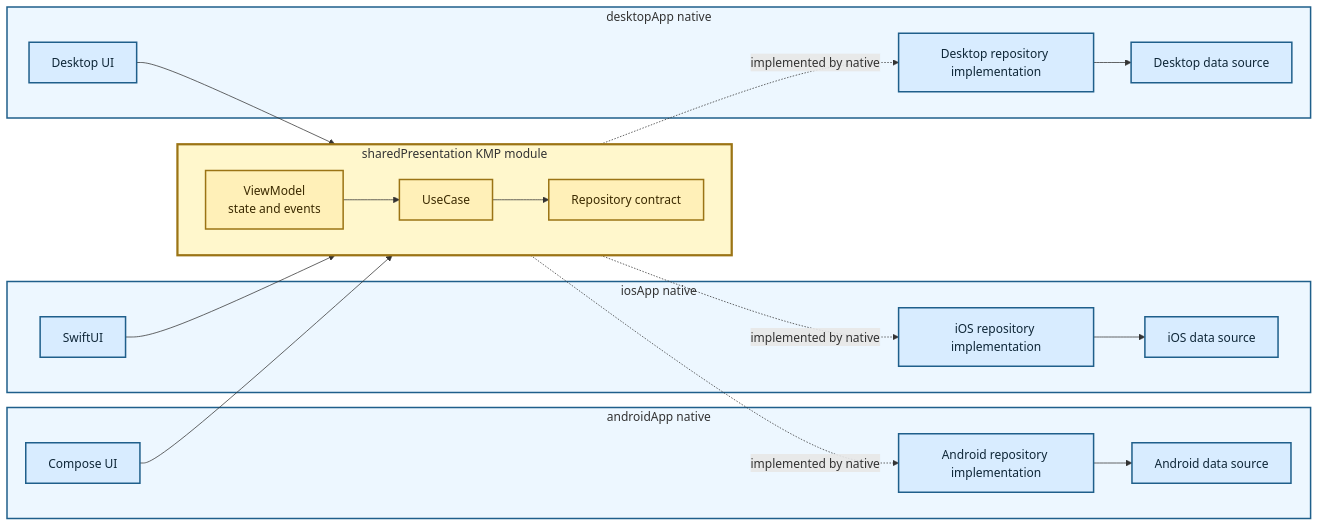
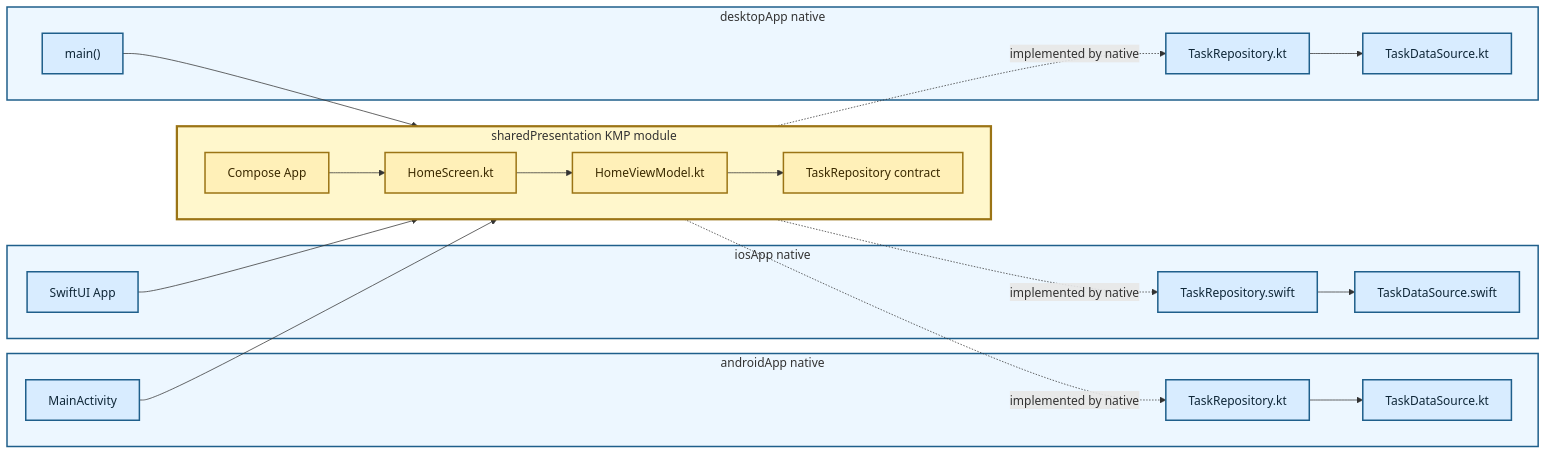
One commit to TheSetox/kmp-sample-diagrams changed the diagram in diagrams/06-kmp-presentation-layer.md. Above: the diagram before and after it, drawn with Mermaid. The commit also changed other lines of this file and 28 other files, not shown here.

Commit message:
docs: reassess diagram layer boundaries

````diff
--- a/diagrams/06-kmp-presentation-layer.md
+++ b/diagrams/06-kmp-presentation-layer.md
@@ -5,48 +5,48 @@
 ```mermaid
 flowchart LR
   subgraph Android["androidApp native"]
-    AndroidUI["Compose UI"]
-    AndroidData["Android repository implementation"]
-    AndroidSource["Android data source"]
-    AndroidData --> AndroidSource
+    AEntry["MainActivity"]
+    ARepository["TaskRepository.kt"]
+    ADataSource["TaskDataSource.kt"]
+    ARepository --> ADataSource
   end
 
   subgraph IOS["iosApp native"]
-    IOSUI["SwiftUI"]
-    IOSData["iOS repository implementation"]
-    IOSSource["iOS data source"]
-    IOSData --> IOSSource
+    IEntry["SwiftUI App"]
+    IRepository["TaskRepository.swift"]
+    IDataSource["TaskDataSource.swift"]
+    IRepository --> IDataSource
   end
 
   subgraph Desktop["desktopApp native"]
-    DesktopUI["Desktop UI"]
-    DesktopData["Desktop repository implementation"]
-    DesktopSource["Desktop data source"]
-    DesktopData --> DesktopSource
+    DEntry["main()"]
+    DRepository["TaskRepository.kt"]
+    DDataSource["TaskDataSource.kt"]
+    DRepository --> DDataSource
   end
 
   subgraph KMP["sharedPresentation KMP module"]
     direction LR
-    VM["ViewModel\nstate and events"]
-    UseCase["UseCase"]
-    RepositoryPort["Repository contract"]
-    VM --> UseCase --> RepositoryPort
+    App["Compose App"]
+    Screen["HomeScreen.kt"]
+    VM["HomeViewModel.kt"]
+    RepositoryPort["TaskRepository contract"]
+    App --> Screen --> VM --> RepositoryPort
   end
 
-  AndroidUI --> VM
-  IOSUI --> VM
-  DesktopUI --> VM
-
-  RepositoryPort -. "implemented by native" .-> AndroidData
-  RepositoryPort -. "implemented by native" .-> IOSData
-  RepositoryPort -. "implemented by native" .-> DesktopData
+  AEntry --> App
+  IEntry --> App
+  DEntry --> App
+  RepositoryPort -. "implemented by native" .-> ARepository
+  RepositoryPort -. "implemented by native" .-> IRepository
+  RepositoryPort -. "implemented by native" .-> DRepository
 
   classDef app fill:#d8ecff,stroke:#1f5f8b,color:#0f2738,stroke-width:2px;
   classDef kmp fill:#fff0b8,stroke:#9b7415,color:#3b2a00,stroke-width:2px;
-  class AndroidUI,AndroidData,AndroidSource,IOSUI,IOSData,IOSSource,DesktopUI,DesktopData,DesktopSource app;
-  class VM,UseCase,RepositoryPort kmp;
+  class AEntry,ARepository,ADataSource,IEntry,IRepository,IDataSource,DEntry,DRepository,DDataSource app;
+  class App,Screen,VM,RepositoryPort kmp;
   style Android fill:#edf7ff,stroke:#1f5f8b,stroke-width:2px
   style IOS fill:#edf7ff,stroke:#1f5f8b,stroke-width:2px
   style Desktop fill:#edf7ff,stroke:#1f5f8b,stroke-width:2px
   style KMP fill:#fff7cc,stroke:#9b7415,stroke-width:3px
 ```
````
